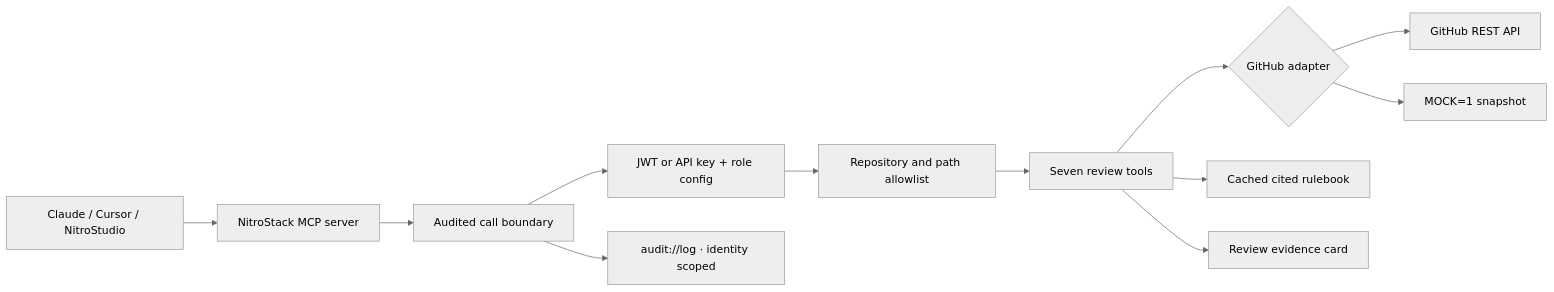
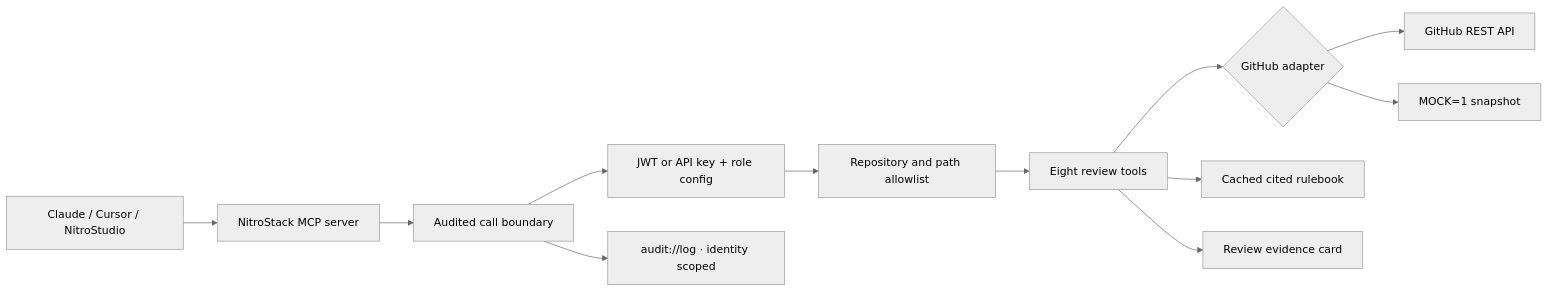
Before and after one commit to kshirajahere/pr-archaeologist: the diagram in README.md, drawn with Mermaid (neutral theme). The commit also changed other lines of this file and 11 other files, not shown here.

````diff
--- a/README.md
+++ b/README.md
@@ -25,14 +25,14 @@
 ```mermaid
 flowchart LR
   Client[Claude / Cursor / NitroStudio] --> MCP[NitroStack MCP server]
   MCP --> Audit[Audited call boundary]
   Audit --> Guard[JWT or API key + role config]
   Guard --> Scope[Repository and path allowlist]
-  Scope --> Tools[Seven review tools]
+  Scope --> Tools[Eight review tools]
   Tools --> Data{GitHub adapter}
   Data --> REST[GitHub REST API]
   Data --> Mock[MOCK=1 snapshot]
   Tools --> Rules[Cached cited rulebook]
   Tools --> Card[Review evidence card]
   Audit --> Log[audit://log · identity scoped]
 ```
````
